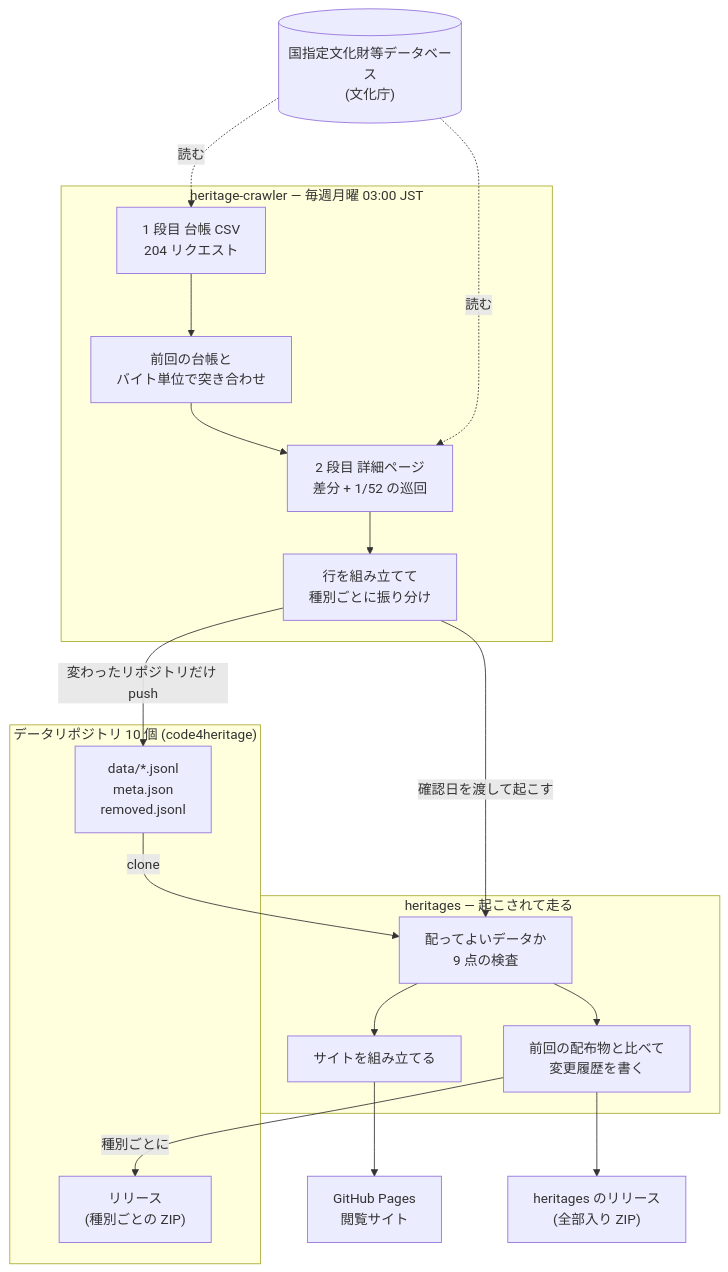
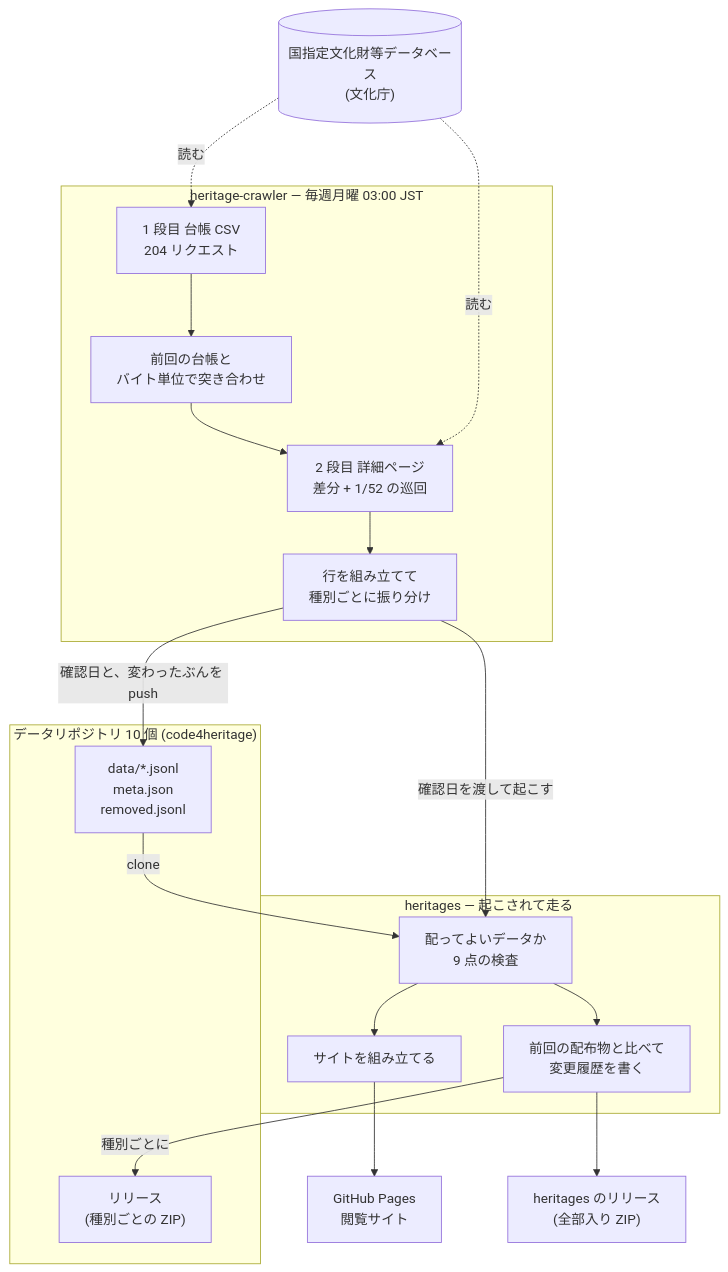
One commit to shinyaoguri/heritage-crawler changed the diagram in docs/pipeline.md. Above: the diagram before and after it, drawn with Mermaid. The commit also changed other lines of this file and 10 other files, not shown here.

````diff
--- a/docs/pipeline.md
+++ b/docs/pipeline.md
@@ -39,37 +39,37 @@
 ```mermaid
 flowchart TD
     DB[("国指定文化財等データベース<br/>(文化庁)")]
 
     subgraph CR["heritage-crawler — 毎週月曜 03:00 JST"]
         L["1 段目 台帳 CSV<br/>204 リクエスト"]
         D["前回の台帳と<br/>バイト単位で突き合わせ"]
         F["2 段目 詳細ページ<br/>差分 + 1/52 の巡回"]
         B["行を組み立てて<br/>種別ごとに振り分け"]
         L --> D --> F --> B
     end
 
     subgraph DR["データリポジトリ 10 個 (code4heritage)"]
         J["data/*.jsonl<br/>meta.json<br/>removed.jsonl"]
         RZ["リリース<br/>(種別ごとの ZIP)"]
     end
 
     subgraph HS["heritages — 起こされて走る"]
         C["配ってよいデータか<br/>9 点の検査"]
         P["サイトを組み立てる"]
         A["前回の配布物と比べて<br/>変更履歴を書く"]
         C --> P
         C --> A
     end
 
     PG["GitHub Pages<br/>閲覧サイト"]
     AZ["heritages のリリース<br/>(全部入り ZIP)"]
 
     DB -.->|"読む"| L
     DB -.->|"読む"| F
-    B -->|"変わったリポジトリだけ push"| J
+    B -->|"確認日と、変わったぶんを push"| J
     B -->|"確認日を渡して起こす"| C
     J -->|"clone"| C
     P --> PG
     A --> AZ
     A -->|"種別ごとに"| RZ
 ```
````
